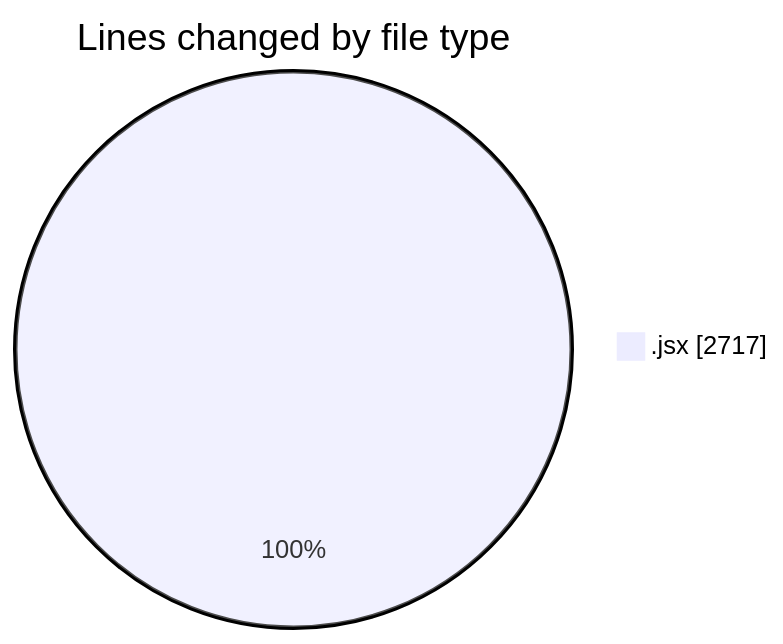
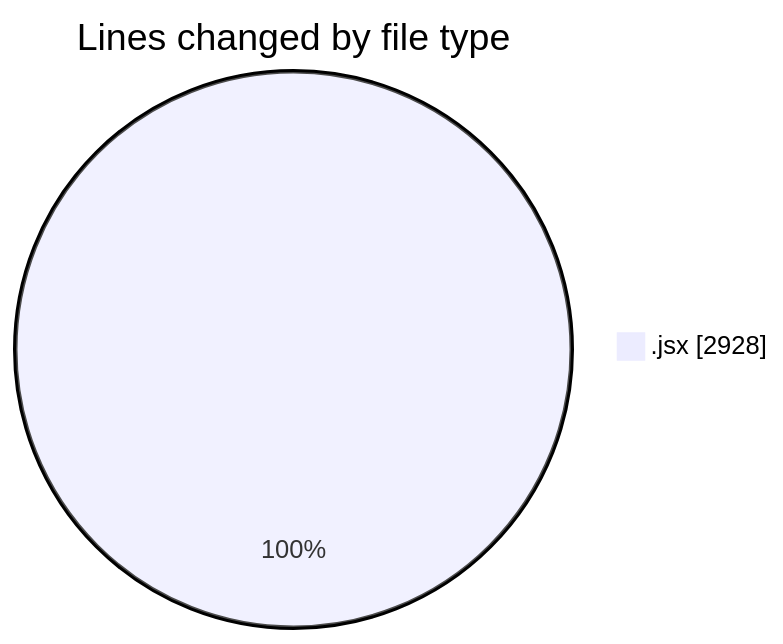
One commit to nxtqubesakshisongat/code-tracking changed the first of 2 diagrams in 2025-05-27/nxtqube_webapp/README.md. Above: the diagram before and after it, drawn with Mermaid. The commit also changed other lines of this file and 1 other file, not shown here.

````diff
--- a/2025-05-27/nxtqube_webapp/README.md
+++ b/2025-05-27/nxtqube_webapp/README.md
@@ -22,5 +23,5 @@
 ```mermaid
 pie showData
 title Lines changed by file type
-".jsx" : 2717
+".jsx" : 2928
 ```
````
